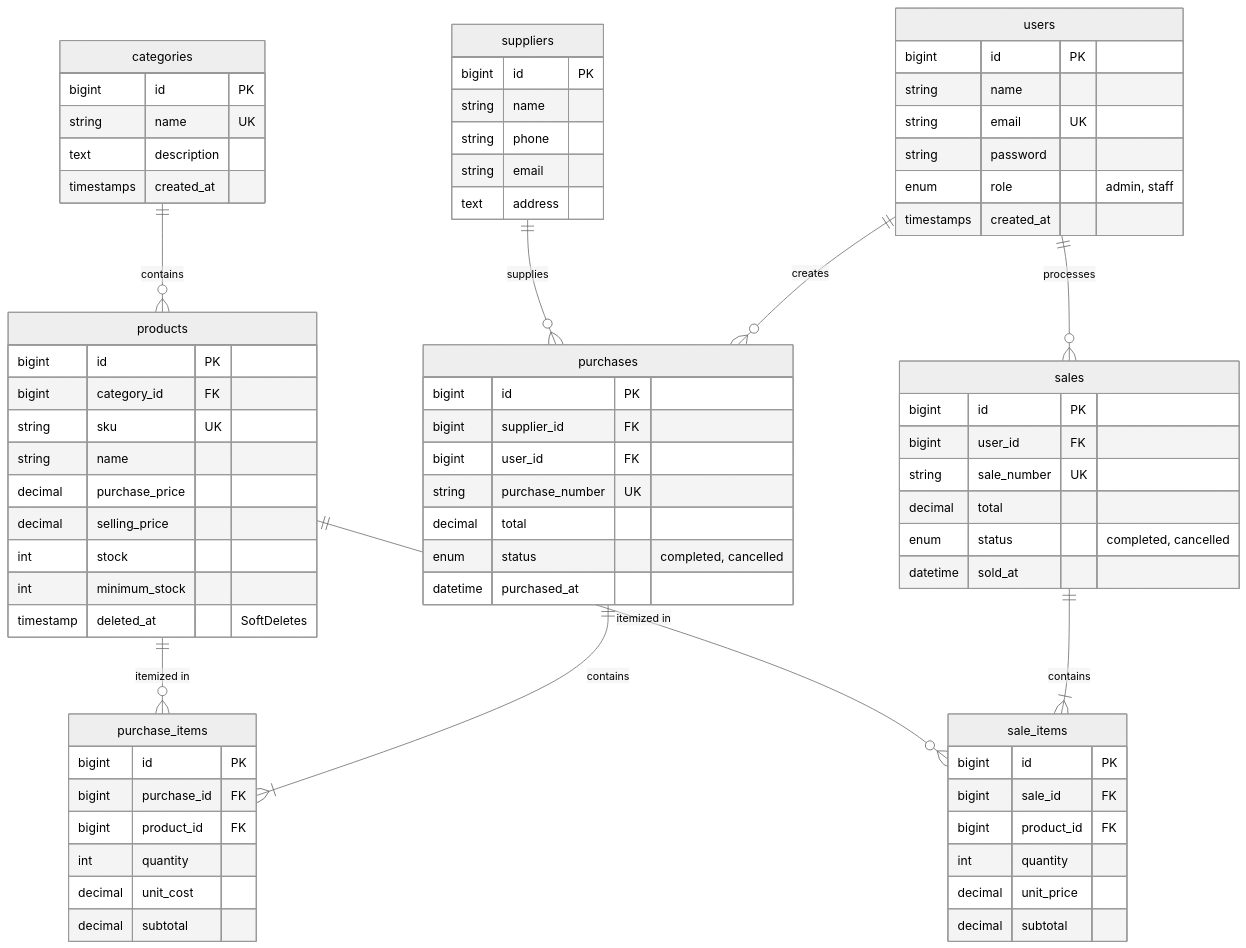
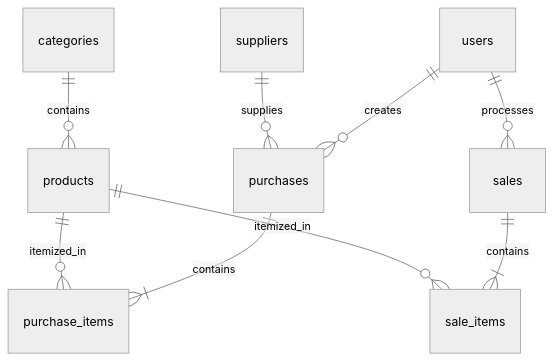
One commit to zaleee07/project-uts changed the diagram in LAPORAN_LENGKAP_UTS_DAN_FULL_CODEBASE.md. Above: the diagram before and after it, drawn with Mermaid (neutral theme). The commit also changed other lines of this file and 20 other files, not shown here.

````diff
--- a/LAPORAN_LENGKAP_UTS_DAN_FULL_CODEBASE.md
+++ b/LAPORAN_LENGKAP_UTS_DAN_FULL_CODEBASE.md
@@ -84,84 +80,11 @@
 ```mermaid
 erDiagram
-    users ||--o{ purchases : "creates"
-    users ||--o{ sales : "processes"
-    categories ||--o{ products : "contains"
-    suppliers ||--o{ purchases : "supplies"
-    purchases ||--|{ purchase_items : "contains"
-    products ||--o{ purchase_items : "itemized in"
-    sales ||--|{ sale_items : "contains"
-    products ||--o{ sale_items : "itemized in"
-
-    users {
-        bigint id PK
-        string name
-        string email UK
-        string password
-        enum role "admin, staff"
-        timestamps created_at
-    }
-
-    categories {
-        bigint id PK
-        string name UK
-        text description
-        timestamps created_at
-    }
-
-    products {
-        bigint id PK
-        bigint category_id FK
-        string sku UK
-        string name
-        decimal purchase_price
-        decimal selling_price
-        int stock
-        int minimum_stock
-        timestamp deleted_at "SoftDeletes"
-    }
-
-    suppliers {
-        bigint id PK
-        string name
-        string phone
-        string email
-        text address
-    }
-
-    purchases {
-        bigint id PK
-        bigint supplier_id FK
-        bigint user_id FK
-        string purchase_number UK
-        decimal total
-        enum status "completed, cancelled"
-        datetime purchased_at
-    }
-
-    purchase_items {
-        bigint id PK
-        bigint purchase_id FK
-        bigint product_id FK
-        int quantity
-        decimal unit_cost
-        decimal subtotal
-    }
-
-    sales {
-        bigint id PK
-        bigint user_id FK
-        string sale_number UK
-        decimal total
-        enum status "completed, cancelled"
-        datetime sold_at
-    }
-
-    sale_items {
-        bigint id PK
-        bigint sale_id FK
-        bigint product_id FK
-        int quantity
-        decimal unit_price
-        decimal subtotal
-    }
+    users ||--o{ purchases : creates
+    users ||--o{ sales : processes
+    categories ||--o{ products : contains
+    suppliers ||--o{ purchases : supplies
+    purchases ||--|{ purchase_items : contains
+    products ||--o{ purchase_items : itemized_in
+    sales ||--|{ sale_items : contains
+    products ||--o{ sale_items : itemized_in
 ```
````
